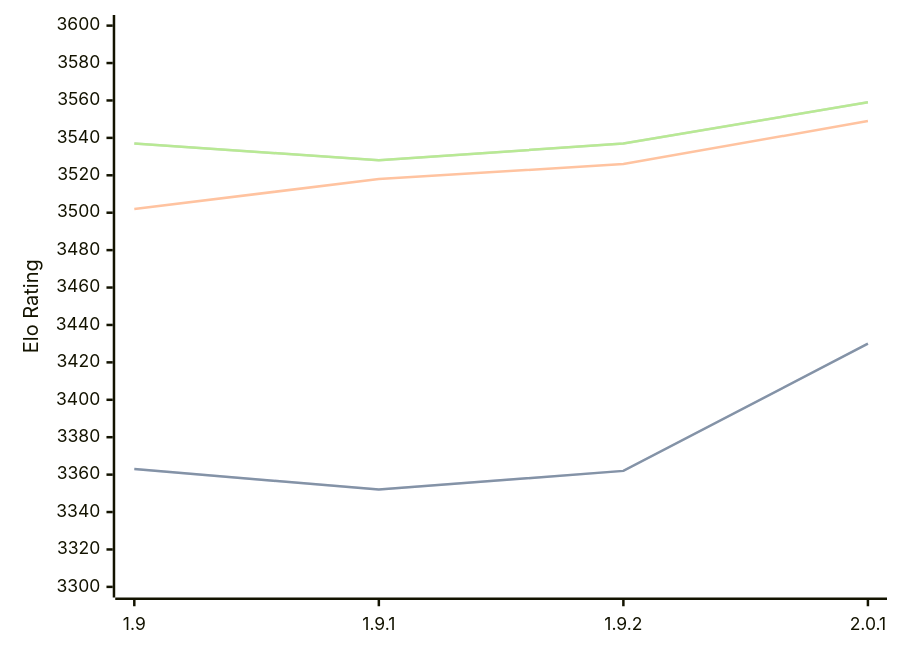
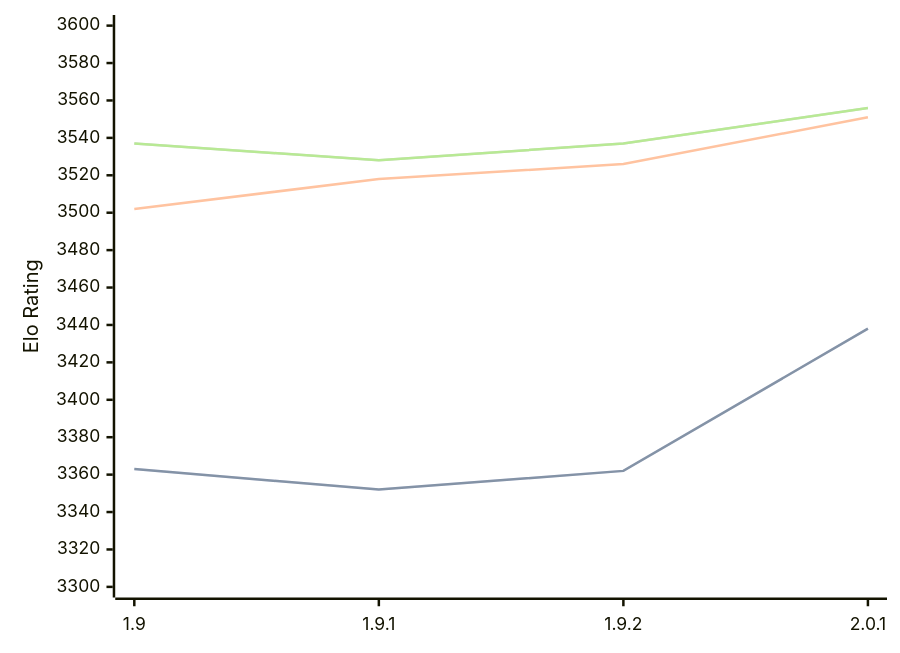
The first of 3 diagrams in engines/Pawnocchio.md (computer-chess-index/cci), drawn with Mermaid before and after one commit. The commit also changed other lines of this file, not shown here.

Commit message:
Update CCI Ratings (ELO VLTC) - 2026-07-01

````diff
--- a/engines/Pawnocchio.md
+++ b/engines/Pawnocchio.md
@@ -50,11 +50,11 @@
 ```mermaid
 %%{init: {"theme":"base","themeVariables":{"seriesColors:['#a3a3a3','#222221','#faa371']}}}%%
 xychart-beta
   x-axis ["1.9", "1.9.1", "1.9.2", "2.0.1"]
   y-axis "Elo Rating" 3300 --> 3600
-  line "STC (8.0+0.08s)" [3363, 3352, 3362, 3430]
-  line "STC (8.0+0.08s)" [3363, 3352, 3362, 3430]
-  line "LTC (60.0+0.60s)" [3502, 3518, 3526, 3549]
-  line "VLTC (2m24s+1.12s)" [3537, 3528, 3537, 3559]
-  line "VLTC (2m24s+1.12s)" [3537, 3528, 3537, 3559]
+  line "STC (8.0+0.08s)" [3363, 3352, 3362, 3438]
+  line "STC (8.0+0.08s)" [3363, 3352, 3362, 3438]
+  line "LTC (60.0+0.60s)" [3502, 3518, 3526, 3551]
+  line "VLTC (2m24s+1.12s)" [3537, 3528, 3537, 3556]
+  line "VLTC (2m24s+1.12s)" [3537, 3528, 3537, 3556]
 ```
````
